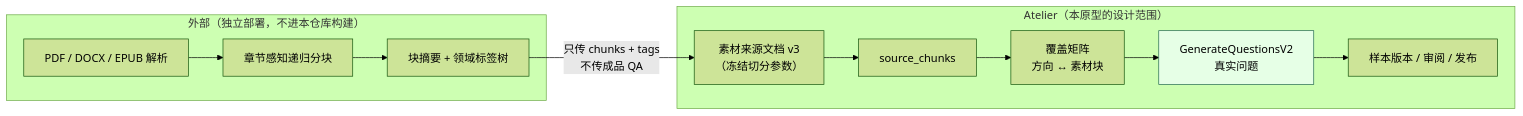
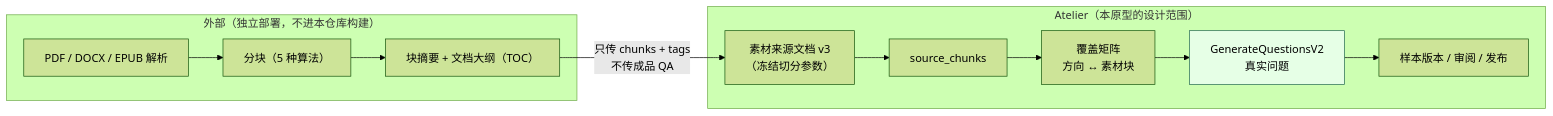
Before and after one commit to 1420970597/llm: the diagram in docs/prototypes/easy-dataset-source-integration/README.md, drawn with Mermaid (forest theme). The commit also changed other lines of this file and 8 other files, not shown here.

````diff
--- a/docs/prototypes/easy-dataset-source-integration/README.md
+++ b/docs/prototypes/easy-dataset-source-integration/README.md
@@ -27,15 +27,15 @@
 ```mermaid
 flowchart LR
   subgraph EXT["外部（独立部署，不进本仓库构建）"]
-    E1["PDF / DOCX / EPUB 解析"] --> E2["章节感知递归分块"]
-    E2 --> E3["块摘要 + 领域标签树"]
+    E1["PDF / DOCX / EPUB 解析"] --> E2["分块（5 种算法）"]
+    E2 --> E3["块摘要 + 文档大纲（TOC）"]
   end
   subgraph ATELIER["Atelier（本原型的设计范围）"]
     A1["素材来源文档 v3<br/>（冻结切分参数）"] --> A2["source_chunks"]
     A2 --> A3["覆盖矩阵<br/>方向 ↔ 素材块"]
     A3 --> A4["GenerateQuestionsV2<br/>真实问题"]
     A4 --> A5["样本版本 / 审阅 / 发布"]
   end
   E3 -->|"只传 chunks + tags<br/>不传成品 QA"| A1
   style A4 fill:#e6ffe6,stroke:#22684e
 ```
````
